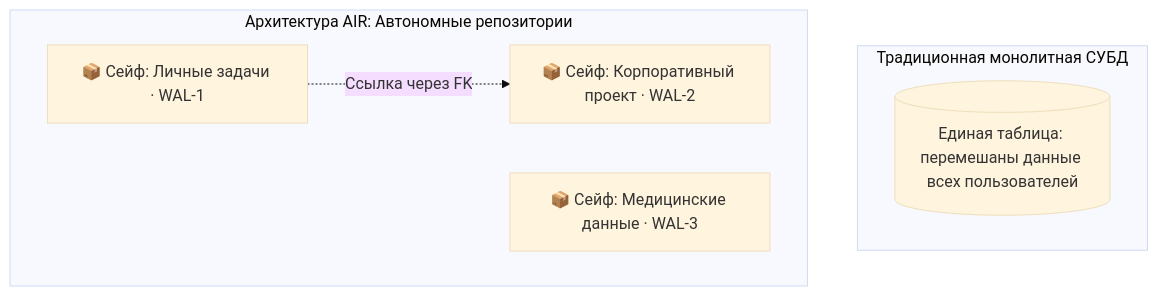
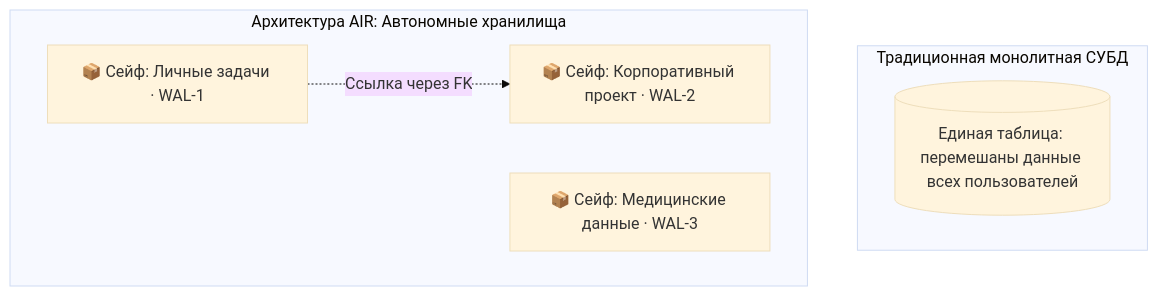
Before and after one commit to Data-Independence-Network/presentations: the fourth of 12 diagrams in architecture_presentations/01_topology_and_sovereignty/docs/presentation_deck.md, drawn with Mermaid (base theme). The commit also changed other lines of this file and 28 other files, not shown here.

```diff
--- a/architecture_presentations/01_topology_and_sovereignty/docs/presentation_deck.md
+++ b/architecture_presentations/01_topology_and_sovereignty/docs/presentation_deck.md
@@ -200,12 +200,12 @@
         <div class="mermaid">
 graph TD
     subgraph Monolith [Традиционная монолитная СУБД]
         TableAll[(Единая таблица: перемешаны данные всех пользователей)]
     end
-    subgraph AIR_Architecture [Архитектура AIR: Автономные репозитории]
+    subgraph AIR_Architecture [Архитектура AIR: Автономные хранилища]
         Repo1[📦 Сейф: Личные задачи &middot; WAL-1]
         Repo2[📦 Сейф: Корпоративный проект &middot; WAL-2]
         Repo3[📦 Сейф: Медицинские данные &middot; WAL-3]
         Repo1 -.->|Ссылка через FK| Repo2
     end
         </div>
```
